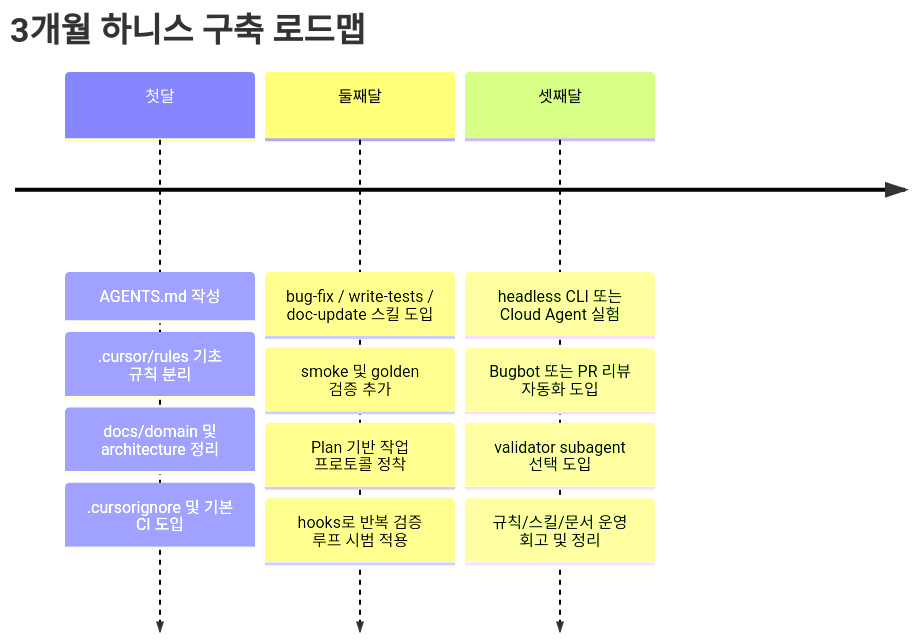
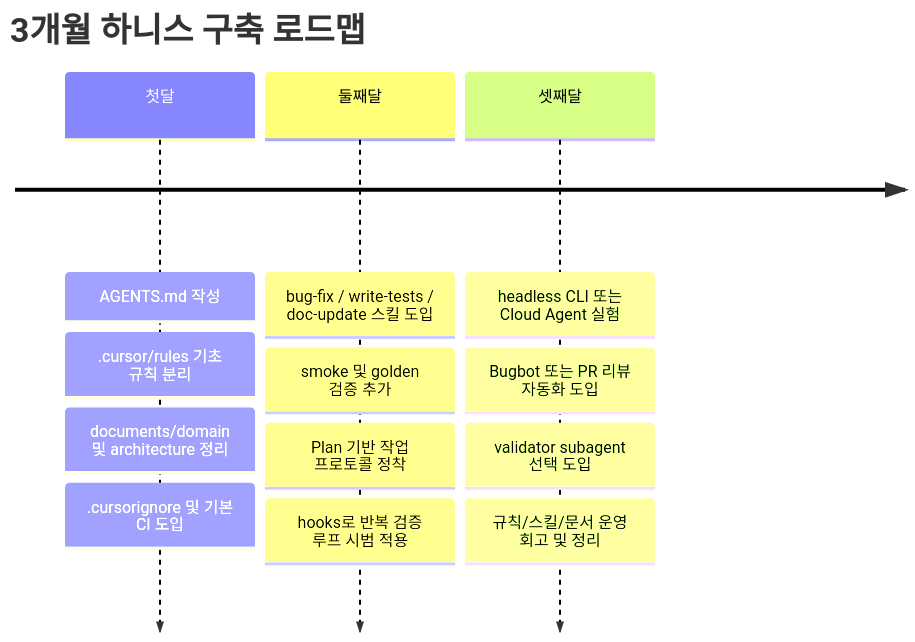
The first of 2 diagrams in project_harness_research.md (tigers2020/Shapez2Factory), drawn with Mermaid before and after one commit. The commit also changed other lines of this file and 743 other files, not shown here.

````diff
--- a/project_harness_research.md
+++ b/project_harness_research.md
@@ -512,16 +512,16 @@
 ```mermaid
 timeline
     title 3개월 하니스 구축 로드맵
     첫달 : AGENTS.md 작성
          : .cursor/rules 기초 규칙 분리
-         : docs/domain 및 architecture 정리
+         : documents/domain 및 architecture 정리
          : .cursorignore 및 기본 CI 도입
     둘째달 : bug-fix / write-tests / doc-update 스킬 도입
           : smoke 및 golden 검증 추가
           : Plan 기반 작업 프로토콜 정착
           : hooks로 반복 검증 루프 시범 적용
     셋째달 : headless CLI 또는 Cloud Agent 실험
           : Bugbot 또는 PR 리뷰 자동화 도입
           : validator subagent 선택 도입
           : 규칙/스킬/문서 운영 회고 및 정리
 ```
````
